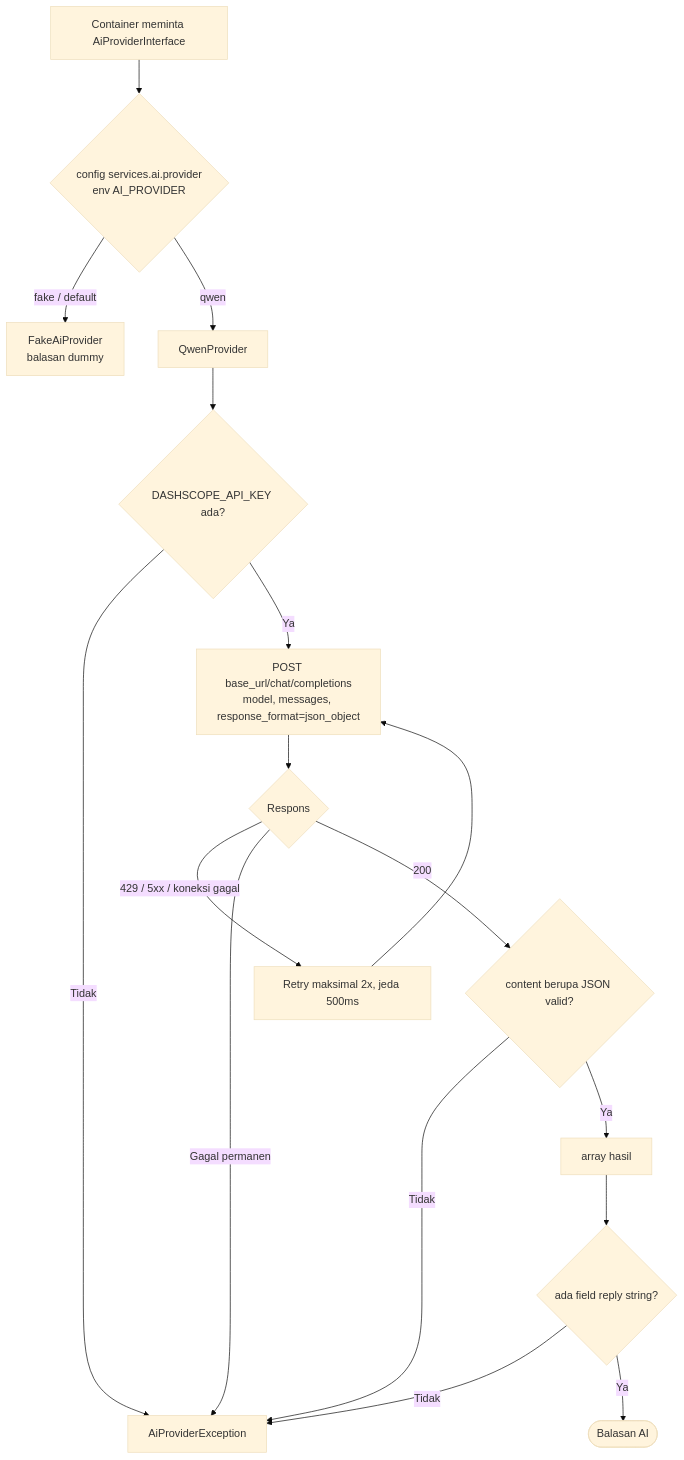
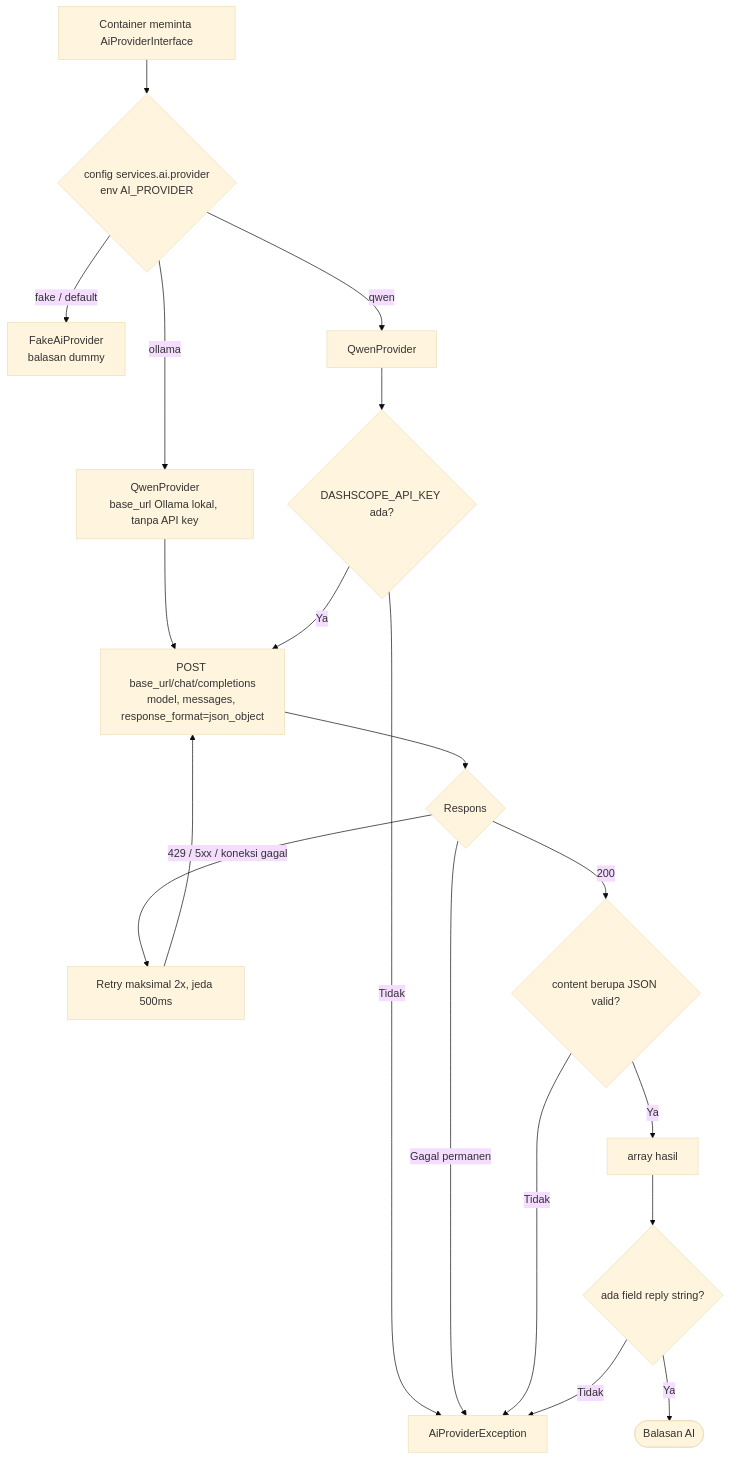
The seventh of 10 diagrams in docs/FLOWS.md (MRadhityaUtomo/ai-interviewer-test), drawn with Mermaid (base theme) before and after one commit. The commit also changed other lines of this file and 37 other files, not shown here.

Commit message:
added ollama sebagai pengganti qwen sementara

````diff
--- a/docs/FLOWS.md
+++ b/docs/FLOWS.md
@@ -216,19 +218,21 @@
 ```mermaid
 flowchart TD
     A[Container meminta AiProviderInterface] --> B{config services.ai.provider<br/>env AI_PROVIDER}
     B -- fake / default --> C[FakeAiProvider<br/>balasan dummy]
+    B -- ollama --> OL[QwenProvider<br/>base_url Ollama lokal, tanpa API key]
+    OL --> F
     B -- qwen --> D[QwenProvider]
     D --> E{DASHSCOPE_API_KEY ada?}
     E -- Tidak --> X[AiProviderException]
     E -- Ya --> F[POST base_url/chat/completions<br/>model, messages, response_format=json_object]
     F --> G{Respons}
     G -- 429 / 5xx / koneksi gagal --> H[Retry maksimal 2x, jeda 500ms]
     H --> F
     G -- Gagal permanen --> X
     G -- 200 --> I{content berupa JSON valid?}
     I -- Tidak --> X
     I -- Ya --> J[array hasil]
     J --> K{ada field reply string?}
     K -- Tidak --> X
     K -- Ya --> L([Balasan AI])
 ```
````
